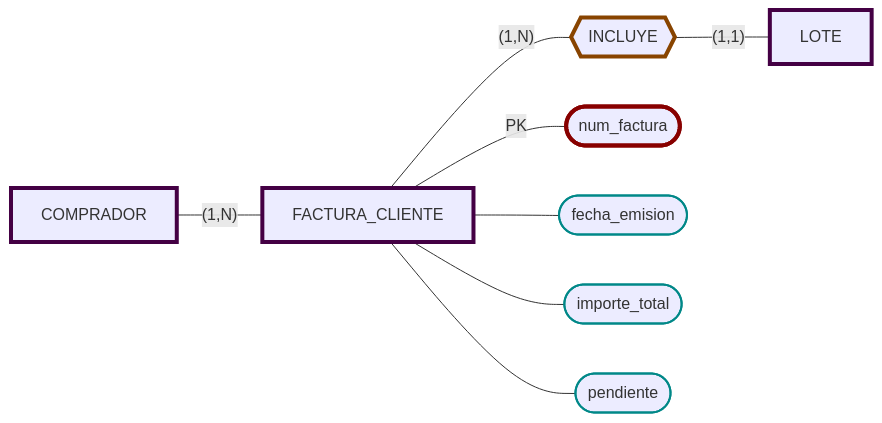
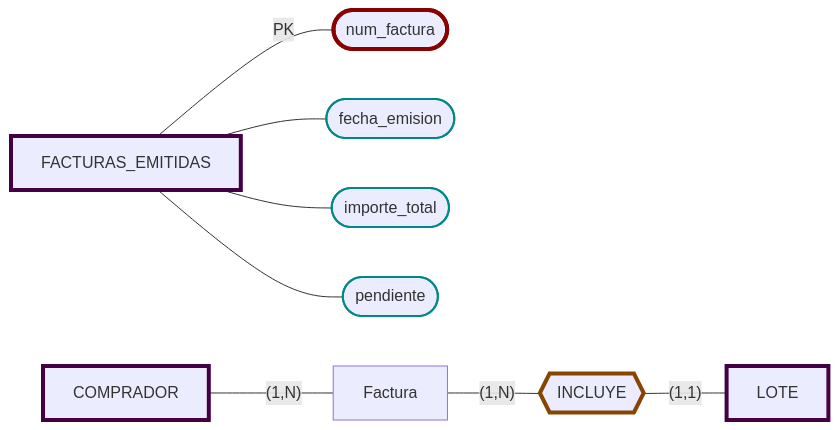
The diagram in Practica/P1/Schema/Facturas.md (JulTob/BasesDeDatos), drawn with Mermaid before and after one commit. The commit also changed other lines of this file, not shown here.

````diff
--- a/Practica/P1/Schema/Facturas.md
+++ b/Practica/P1/Schema/Facturas.md
@@ -18,28 +18,28 @@
 ```mermaid
 flowchart LR
   classDef atributo stroke:#088,stroke-width:2px;
   classDef derivado stroke-width:3px, stroke-dasharray:3 3;
   classDef pk stroke:#800,stroke-width:4px;
   classDef fk stroke:#080,stroke-width:4px;
   classDef entidad stroke:#404,stroke-width:4px;
   classDef multientidad stroke:#808,stroke-width:8px;
   classDef pkfk stroke:#880,stroke-width:4px;
   classDef relacion stroke:#840,stroke-width:4px;
 
 
   Comprador[COMPRADOR]:::entidad
-  Factura[FACTURA_CLIENTE]:::entidad
+  Emitidas[FACTURAS_EMITIDAS]:::entidad
   Lote[LOTE]:::entidad
   Incluye{{INCLUYE}}:::relacion
 
-  Factura ---|PK| num_fact([num_factura]):::pk 
-  Factura --- fecha_emision([fecha_emision]):::atributo  
-  Factura --- importe_total([importe_total]):::atributo 
-  Factura --- pendiente([pendiente]):::atributo 
+  Emitidas ---|PK| num_fact([num_factura]):::pk 
+  Emitidas --- fecha_emision([fecha_emision]):::atributo  
+  Emitidas --- importe_total([importe_total]):::atributo 
+  Emitidas --- pendiente([pendiente]):::atributo 
 
   Factura ---|"(1,N)"| Incluye
   Incluye ---|"(1,1)"| Lote
 
   Comprador ---|"(1,N)"| Factura
 
 ```
````
